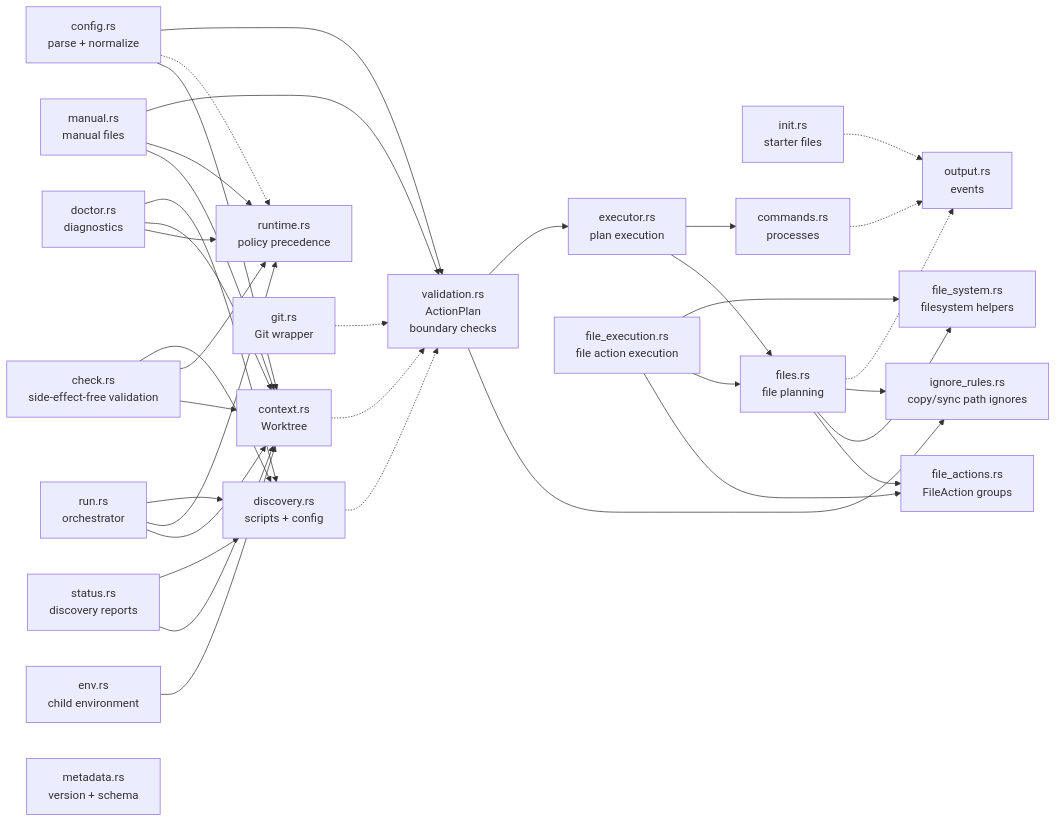
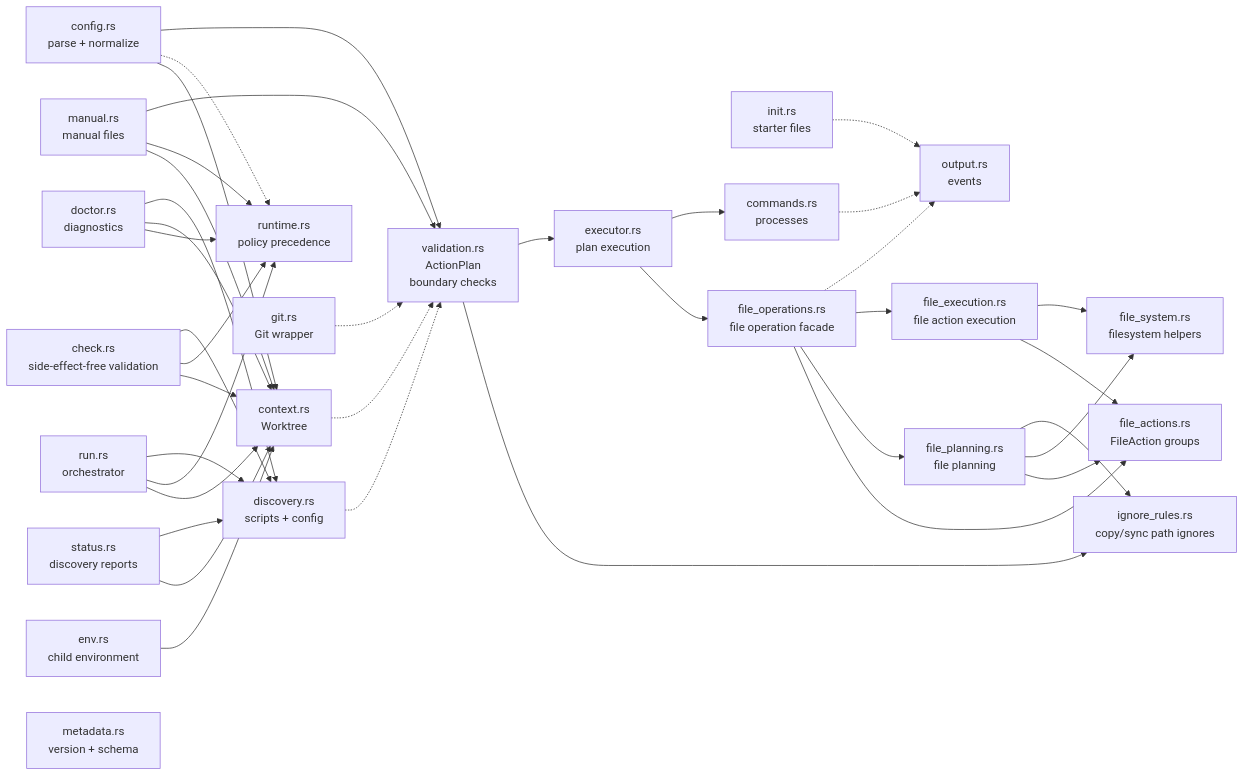
Before and after one commit to jimeh/treeboot: the fifth of 5 diagrams in docs/ARCHITECTURE.md, drawn with Mermaid. The commit also changed other lines of this file and 6 other files, not shown here.

First line of the commit message:
refactor: make file operations facade explicit

````diff
--- a/docs/ARCHITECTURE.md
+++ b/docs/ARCHITECTURE.md
@@ -204,60 +205,63 @@
 ```mermaid
 flowchart LR
   RUN["run.rs<br/>orchestrator"]
   STATUS["status.rs<br/>discovery reports"]
   CHECK["check.rs<br/>side-effect-free validation"]
   DOCTOR["doctor.rs<br/>diagnostics"]
   ENV["env.rs<br/>child environment"]
   MANUAL["manual.rs<br/>manual files"]
   CONFIG["config.rs<br/>parse + normalize"]
   RUNTIME["runtime.rs<br/>policy precedence"]
   INIT["init.rs<br/>starter files"]
   META["metadata.rs<br/>version + schema"]
   CONTEXT["context.rs<br/>Worktree"]
   DISC["discovery.rs<br/>scripts + config"]
   GIT["git.rs<br/>Git wrapper"]
   IGNORE["ignore_rules.rs<br/>copy/sync path ignores"]
   EXEC["executor.rs<br/>plan execution"]
   VALID["validation.rs<br/>ActionPlan<br/>boundary checks"]
   FILE_ACTIONS["file_actions.rs<br/>FileAction groups"]
+  FILE_OPS["file_operations.rs<br/>file operation facade"]
+  FILE_PLANNING["file_planning.rs<br/>file planning"]
   FILE_EXECUTION["file_execution.rs<br/>file action execution"]
   FILE_SYSTEM["file_system.rs<br/>filesystem helpers"]
-  FILES["files.rs<br/>file planning"]
   CMDS["commands.rs<br/>processes"]
   OUT["output.rs<br/>events"]
 
   RUN --> CONTEXT
   RUN --> RUNTIME
   RUN --> DISC
   STATUS --> CONTEXT
   STATUS --> DISC
   CHECK --> CONTEXT
   CHECK --> RUNTIME
   CHECK --> DISC
   DOCTOR --> RUNTIME
   DOCTOR --> CONTEXT
   DOCTOR --> DISC
   ENV --> CONTEXT
   MANUAL --> CONTEXT
   MANUAL --> RUNTIME
   CONFIG --> CONTEXT
   CONFIG -.-> RUNTIME
   CONTEXT -.-> VALID
   DISC -.-> VALID
   GIT -.-> VALID
   CONFIG --> VALID
   MANUAL --> VALID
   VALID --> IGNORE
-  FILES --> FILE_ACTIONS
+  FILE_OPS --> FILE_ACTIONS
+  FILE_OPS --> FILE_PLANNING
+  FILE_OPS --> FILE_EXECUTION
+  FILE_PLANNING --> FILE_ACTIONS
+  FILE_PLANNING --> FILE_SYSTEM
+  FILE_PLANNING --> IGNORE
   FILE_EXECUTION --> FILE_ACTIONS
-  FILE_EXECUTION --> FILES
   FILE_EXECUTION --> FILE_SYSTEM
-  FILES --> FILE_SYSTEM
-  FILES --> IGNORE
   VALID --> EXEC
-  EXEC --> FILES
+  EXEC --> FILE_OPS
   EXEC --> CMDS
   INIT -.-> OUT
-  FILES -.-> OUT
+  FILE_OPS -.-> OUT
   CMDS -.-> OUT
 ```
````
